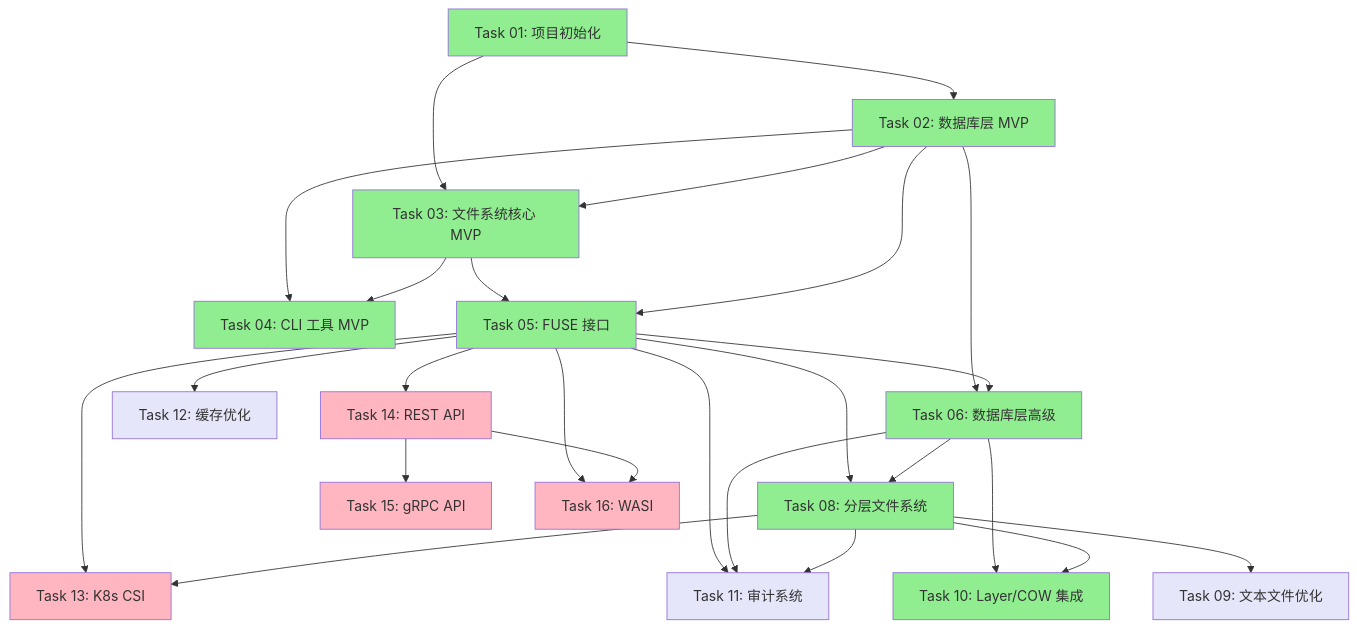
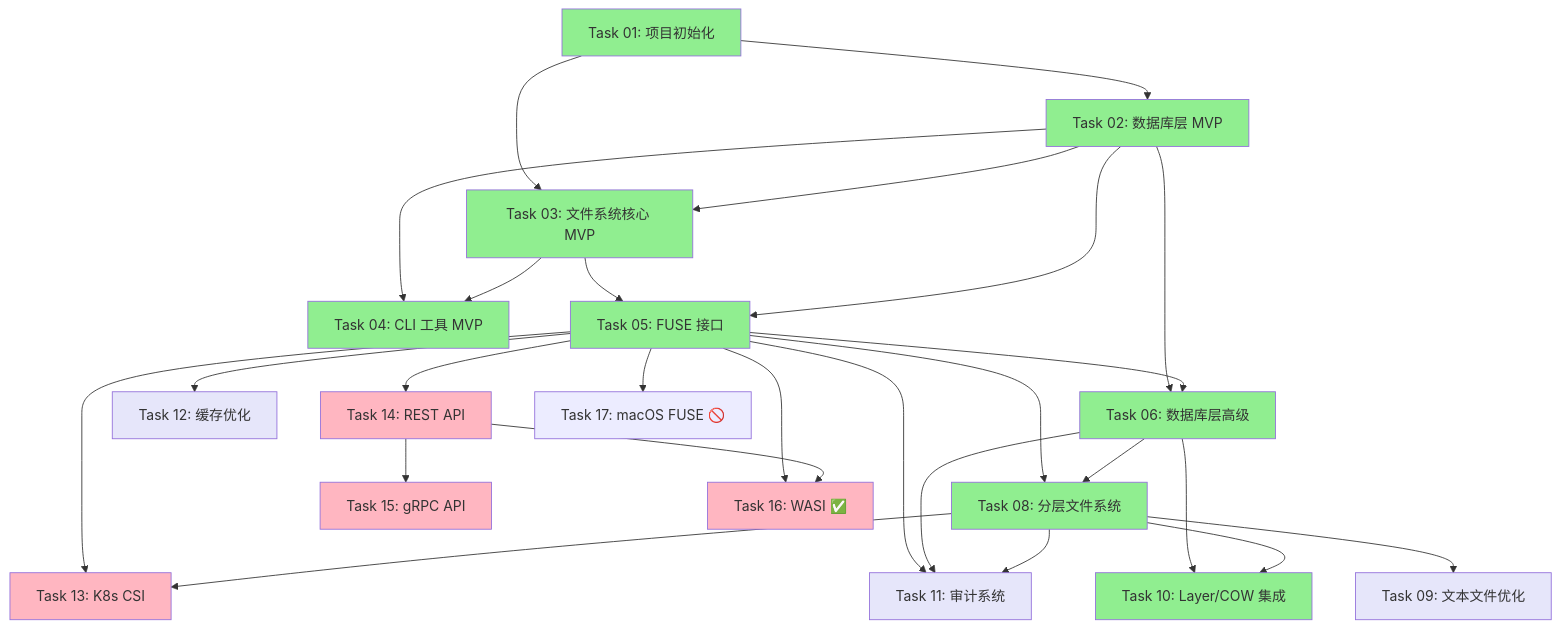
One commit to VikingMew/tarbox changed the diagram in task/README.md. Above: the diagram before and after it, drawn with Mermaid. The commit also changed other lines of this file and 1 other file, not shown here.

First line of the commit message:
docs: add Task 17 (macOS FUSE support) and update task README

````diff
--- a/task/README.md
+++ b/task/README.md
@@ -265,53 +280,54 @@
 ```mermaid
 graph TD
     T01[Task 01: 项目初始化] --> T02[Task 02: 数据库层 MVP]
     T01 --> T03[Task 03: 文件系统核心 MVP]
     T02 --> T03
     T02 --> T04[Task 04: CLI 工具 MVP]
     T03 --> T04
     
     T03 --> T05[Task 05: FUSE 接口]
     T02 --> T05
     
     T02 --> T06[Task 06: 数据库层高级]
     T05 --> T06
     
     T05 --> T08[Task 08: 分层文件系统]
     T06 --> T08
     
     T08 --> T09[Task 09: 文本文件优化]
     
     T06 --> T10[Task 10: Layer/COW 集成]
     T08 --> T10
     
     T05 --> T11[Task 11: 审计系统]
     T06 --> T11
     T08 --> T11
     
     T05 --> T12[Task 12: 缓存优化]
     
     T05 --> T13[Task 13: K8s CSI]
     T08 --> T13
     
     T05 --> T14[Task 14: REST API]
     T14 --> T15[Task 15: gRPC API]
     
-    T05 --> T16[Task 16: WASI]
+    T05 --> T16[Task 16: WASI ✅]
+    T05 --> T17[Task 17: macOS FUSE 🚫]
     T14 --> T16
     
     style T01 fill:#90EE90
     style T02 fill:#90EE90
     style T03 fill:#90EE90
     style T04 fill:#90EE90
     style T05 fill:#90EE90
     style T06 fill:#90EE90
     style T08 fill:#90EE90
     style T09 fill:#E6E6FA
     style T10 fill:#90EE90
     style T11 fill:#E6E6FA
     style T12 fill:#E6E6FA
     style T13 fill:#FFB6C1
     style T14 fill:#FFB6C1
     style T15 fill:#FFB6C1
     style T16 fill:#FFB6C1
 ```
````
